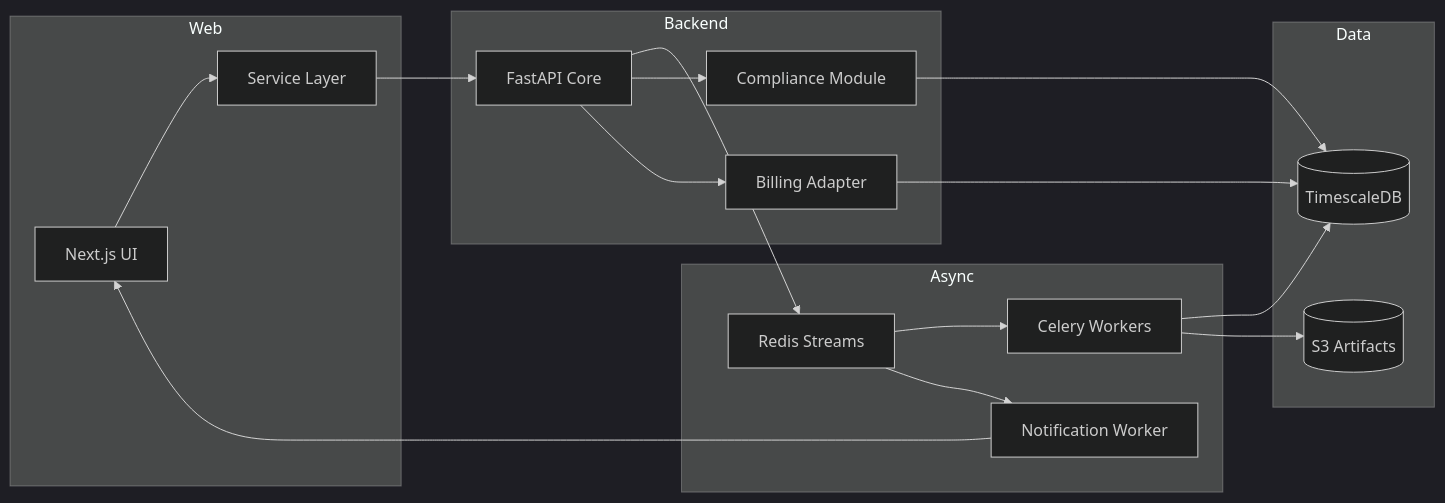
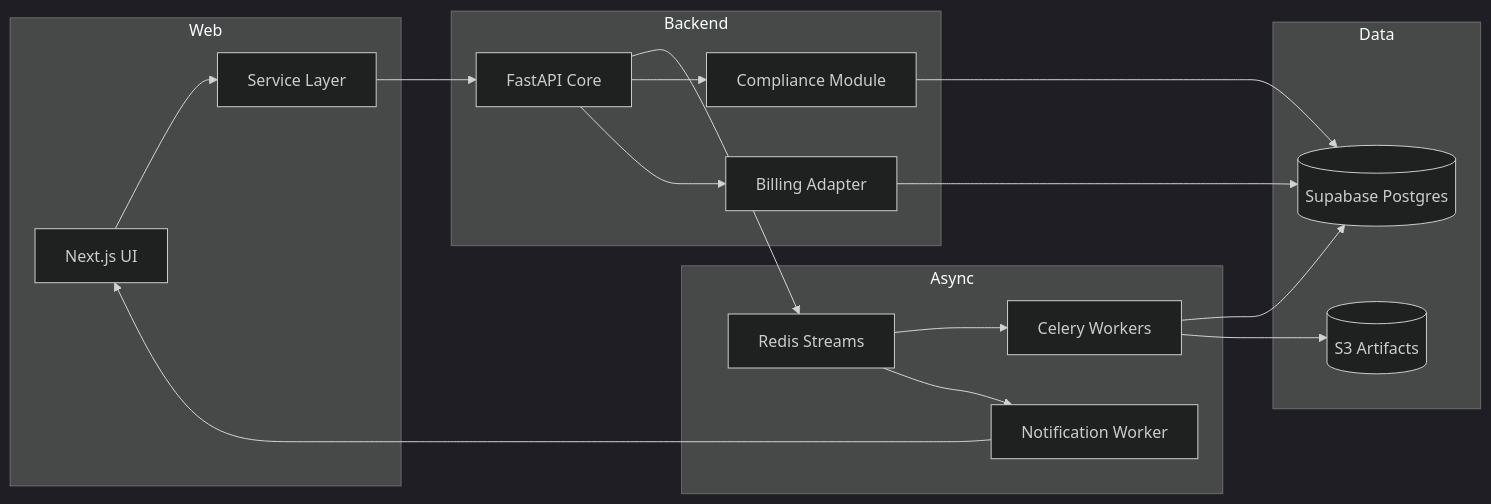
Before and after one commit to pierrickmartino/strategybuilder: the second of 5 diagrams in docs/architecture.md, drawn with Mermaid (dark theme). The commit also changed other lines of this file and 2 other files, not shown here.

Commit message:
Mettre à jour la documentation de l'architecture et du brief pour refléter les changements dans l'authentification et les mises à jour de la base de données Supabase.

````diff
--- a/docs/architecture.md
+++ b/docs/architecture.md
@@ -446,27 +448,27 @@
 ```mermaid
 graph LR
   subgraph Web
     UI[Next.js UI]
     SL[Service Layer]
   end
   subgraph Backend
     API[FastAPI Core]
     GOV[Compliance Module]
     BILL[Billing Adapter]
   end
   subgraph Async
     QUEUE[Redis Streams]
     WORKERS[Celery Workers]
     NOTIFY[Notification Worker]
   end
   subgraph Data
-    DB[(TimescaleDB)]
+    DB[(Supabase Postgres)]
     S3[(S3 Artifacts)]
   end
   UI --> SL --> API
   API --> QUEUE --> WORKERS --> DB
   WORKERS --> S3
   API --> GOV --> DB
   API --> BILL --> DB
   QUEUE --> NOTIFY --> UI
 ```
````
